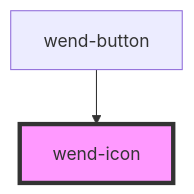
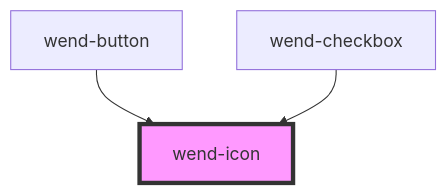
Before and after one commit to DevaStudios/wend-ui: the diagram in packages/web-components/src/components/wend-icon/readme.md, drawn with Mermaid. The commit also changed other lines of this file and 30 other files, not shown here.

````diff
--- a/packages/web-components/src/components/wend-icon/readme.md
+++ b/packages/web-components/src/components/wend-icon/readme.md
@@ -24,5 +25,6 @@
 ```mermaid
 graph TD;
   wend-button --> wend-icon
+  wend-checkbox --> wend-icon
   style wend-icon fill:#f9f,stroke:#333,stroke-width:4px
 ```
````
